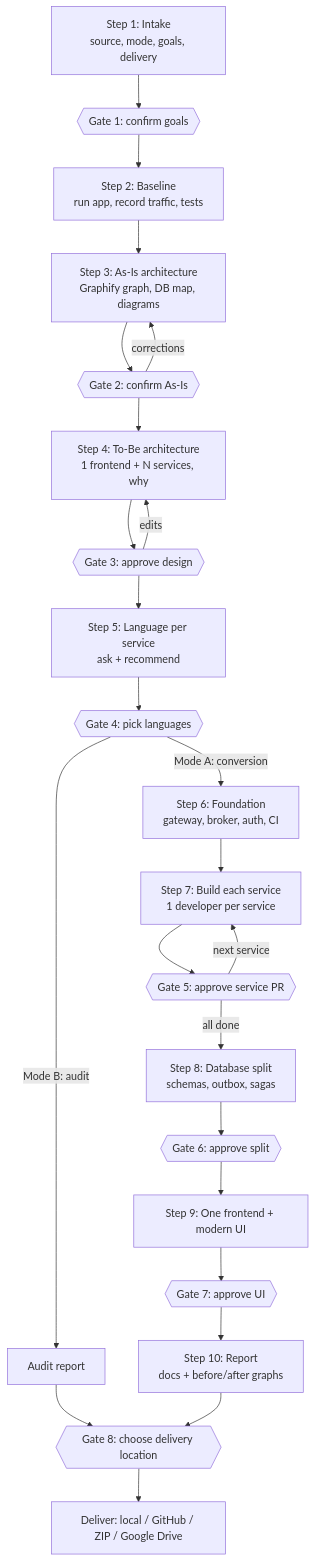
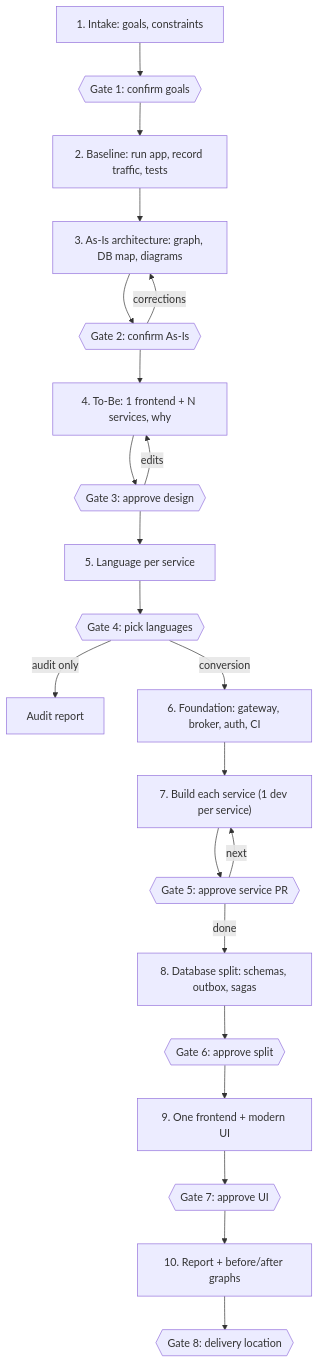
One commit to iamtalharazzaq/codewright changed the third of 5 diagrams in README.md. Above: the diagram before and after it, drawn with Mermaid. The commit also changed other lines of this file and 1 other file, not shown here.

````diff
--- a/README.md
+++ b/README.md
@@ -120,26 +365,24 @@
 ```mermaid
 flowchart TD
-    A["Step 1: Intake<br/>source, mode, goals, delivery"] --> G1{{"Gate 1: confirm goals"}}
-    G1 --> B["Step 2: Baseline<br/>run app, record traffic, tests"]
-    B --> C["Step 3: As-Is architecture<br/>Graphify graph, DB map, diagrams"]
+    A["1. Intake: goals, constraints"] --> G1{{"Gate 1: confirm goals"}}
+    G1 --> B["2. Baseline: run app, record traffic, tests"]
+    B --> C["3. As-Is architecture: graph, DB map, diagrams"]
     C --> G2{{"Gate 2: confirm As-Is"}}
     G2 -- corrections --> C
-    G2 --> D["Step 4: To-Be architecture<br/>1 frontend + N services, why"]
+    G2 --> D["4. To-Be: 1 frontend + N services, why"]
     D --> G3{{"Gate 3: approve design"}}
     G3 -- edits --> D
-    G3 --> E["Step 5: Language per service<br/>ask + recommend"]
+    G3 --> E["5. Language per service"]
     E --> G4{{"Gate 4: pick languages"}}
-    G4 -- "Mode B: audit" --> AR["Audit report"]
-    AR --> G8
-    G4 -- "Mode A: conversion" --> F["Step 6: Foundation<br/>gateway, broker, auth, CI"]
-    F --> H["Step 7: Build each service<br/>1 developer per service"]
+    G4 -- "audit only" --> AR["Audit report"]
+    G4 -- conversion --> F["6. Foundation: gateway, broker, auth, CI"]
+    F --> H["7. Build each service (1 dev per service)"]
     H --> G5{{"Gate 5: approve service PR"}}
-    G5 -- next service --> H
-    G5 -- all done --> I["Step 8: Database split<br/>schemas, outbox, sagas"]
+    G5 -- next --> H
+    G5 -- done --> I["8. Database split: schemas, outbox, sagas"]
     I --> G6{{"Gate 6: approve split"}}
-    G6 --> J["Step 9: One frontend + modern UI"]
+    G6 --> J["9. One frontend + modern UI"]
     J --> G7{{"Gate 7: approve UI"}}
-    G7 --> K["Step 10: Report<br/>docs + before/after graphs"]
-    K --> G8{{"Gate 8: choose delivery location"}}
-    G8 --> L["Deliver: local / GitHub / ZIP / Google Drive"]
+    G7 --> K["10. Report + before/after graphs"]
+    K --> G8{{"Gate 8: delivery location"}}
 ```
````
